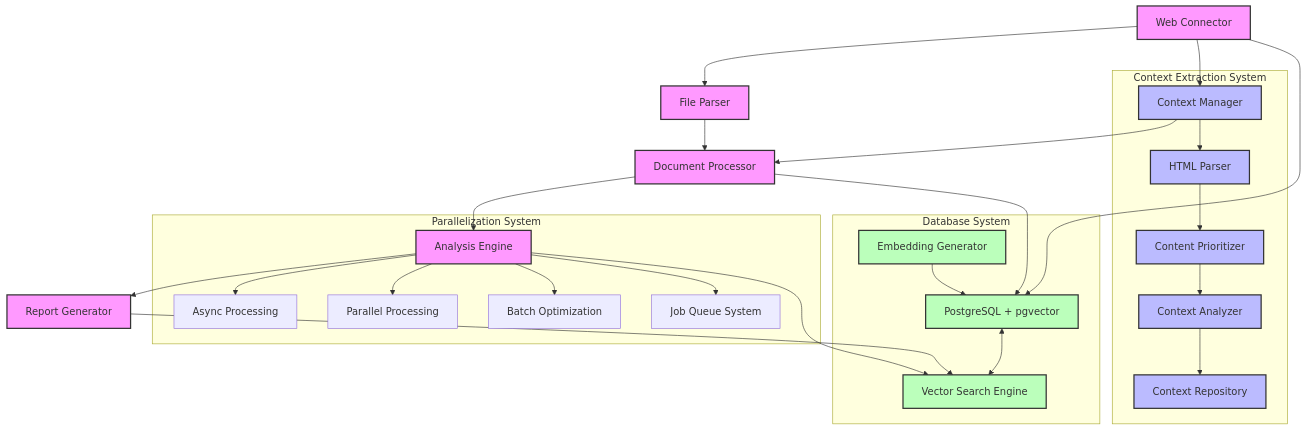
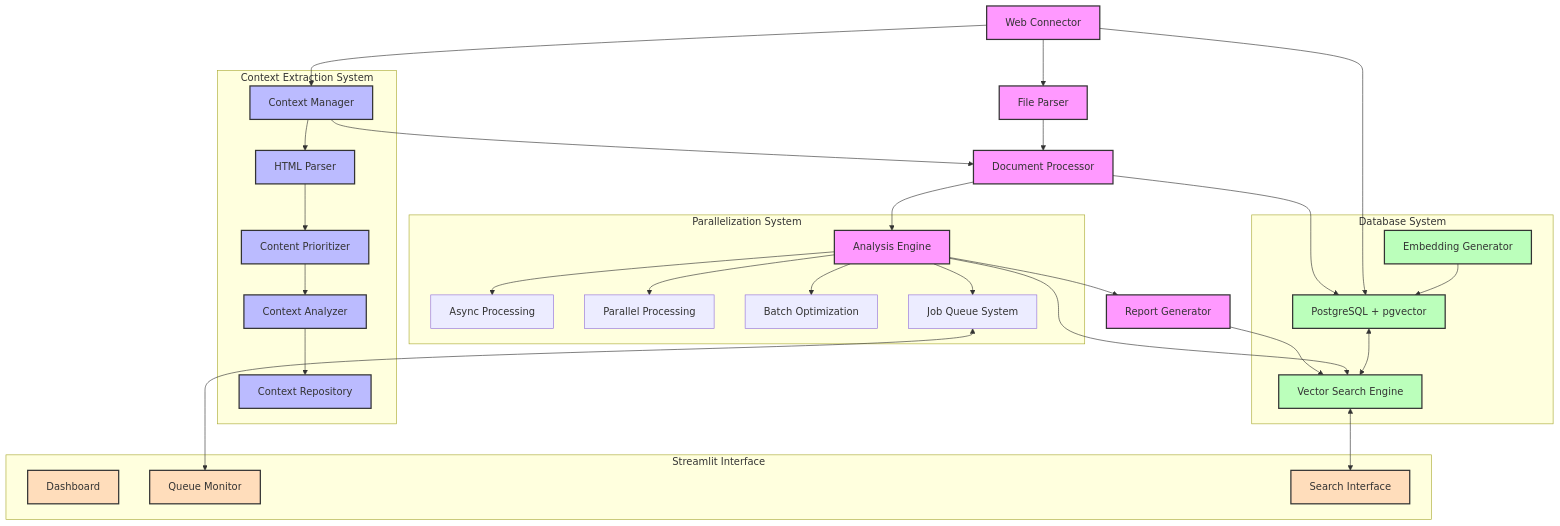
The diagram in README.md (darksip/document-it), drawn with Mermaid before and after one commit. The commit also changed other lines of this file and 19 other files, not shown here.

Commit message:
feat: Implemented Streamlit web interface for real-time queue monitoring and database search capabilities. This provides a user-friendly way to launch processing jobs, monitor their status, and search through processed documents using semantic and facet-based approaches.

````diff
--- a/README.md
+++ b/README.md
@@ -38,44 +67,55 @@
 ```mermaid
 graph TD
     A[Web Connector] --> B[File Parser] 
     A --> C[Context Manager]
     B --> D[Document Processor]
     C --> D
     D --> E[Analysis Engine]
     E --> F[Report Generator]
     
     subgraph "Context Extraction System"
     C --> G[HTML Parser]
     G --> H[Content Prioritizer]
     H --> I[Context Analyzer]
     I --> J[Context Repository]
     end
 
     subgraph "Database System"
     DB[PostgreSQL + pgvector]
     VS[Vector Search Engine] 
     EG[Embedding Generator]
     DB <--> VS
     EG --> DB
     end
 
     subgraph "Parallelization System"
     E --> K[Async Processing]
     E --> L[Parallel Processing]
     E --> M[Batch Optimization]
     E --> N[Job Queue System]
     end
     
+    subgraph "Streamlit Interface"
+    UI[Dashboard]
+    QM[Queue Monitor]
+    SI[Search Interface]
+    end
+    
+    N <--> QM
+    VS <--> SI
+    
     A --> DB
     D --> DB
     E --> VS
     F --> VS
     
     classDef core fill:#f9f,stroke:#333,stroke-width:2px
     classDef context fill:#bbf,stroke:#333,stroke-width:2px
     classDef database fill:#bfb,stroke:#333,stroke-width:2px
+    classDef ui fill:#fdb,stroke:#333,stroke-width:2px
     
     class A,B,D,E,F core
     class C,G,H,I,J context
     class DB,VS,EG database
+    class UI,QM,SI ui
 ```
````
